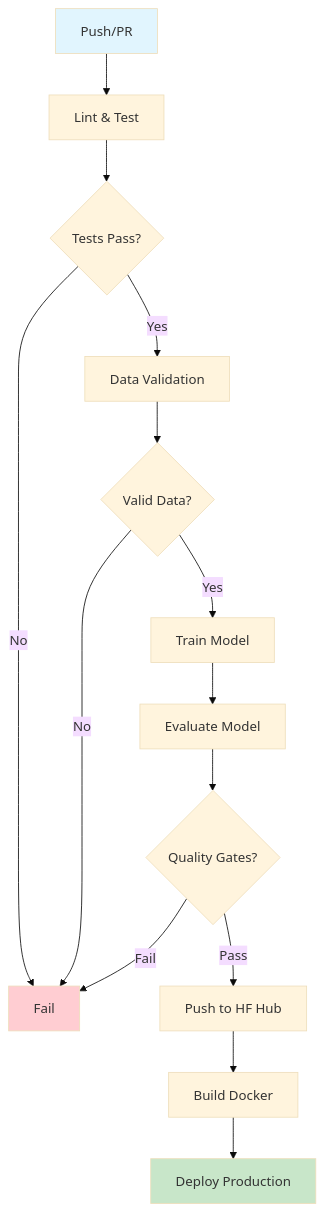
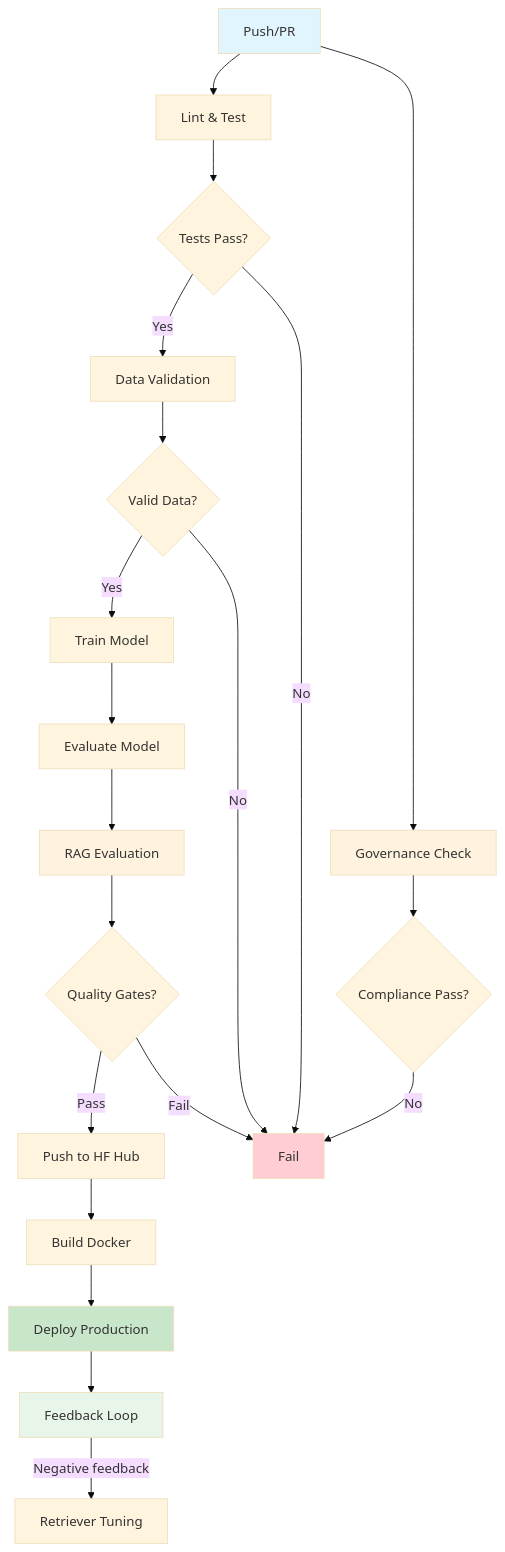
Before and after one commit to mpairwe7/FinalYearProject: the first of 2 diagrams in docs/mlops-workflows.md, drawn with Mermaid (base theme). The commit also changed other lines of this file and 137 other files, not shown here.

Commit message:
enhanced rag flow

````diff
--- a/docs/mlops-workflows.md
+++ b/docs/mlops-workflows.md
@@ -279,20 +338,29 @@
 ```mermaid
 graph TD
     A[Push/PR] --> B[Lint & Test]
+    A --> B2[Governance Check]
     B --> C{Tests Pass?}
+    B2 --> C2{Compliance Pass?}
     C -->|Yes| D[Data Validation]
     C -->|No| X[Fail]
+    C2 -->|No| X
     D --> E{Valid Data?}
     E -->|Yes| F[Train Model]
     E -->|No| X
     F --> G[Evaluate Model]
-    G --> H{Quality Gates?}
+    G --> G2[RAG Evaluation]
+    G2 --> H{Quality Gates?}
     H -->|Pass| I[Push to HF Hub]
     H -->|Fail| X
     I --> J[Build Docker]
     J --> K[Deploy Production]
-    
+    K --> L[Feedback Loop]
+    L -->|Negative feedback| M[Retriever Tuning]
+
     style A fill:#e1f5fe
+    style B2 fill:#fff3e0
+    style G2 fill:#fff3e0
     style K fill:#c8e6c9
+    style L fill:#e8f5e9
     style X fill:#ffcdd2
 ```
````
